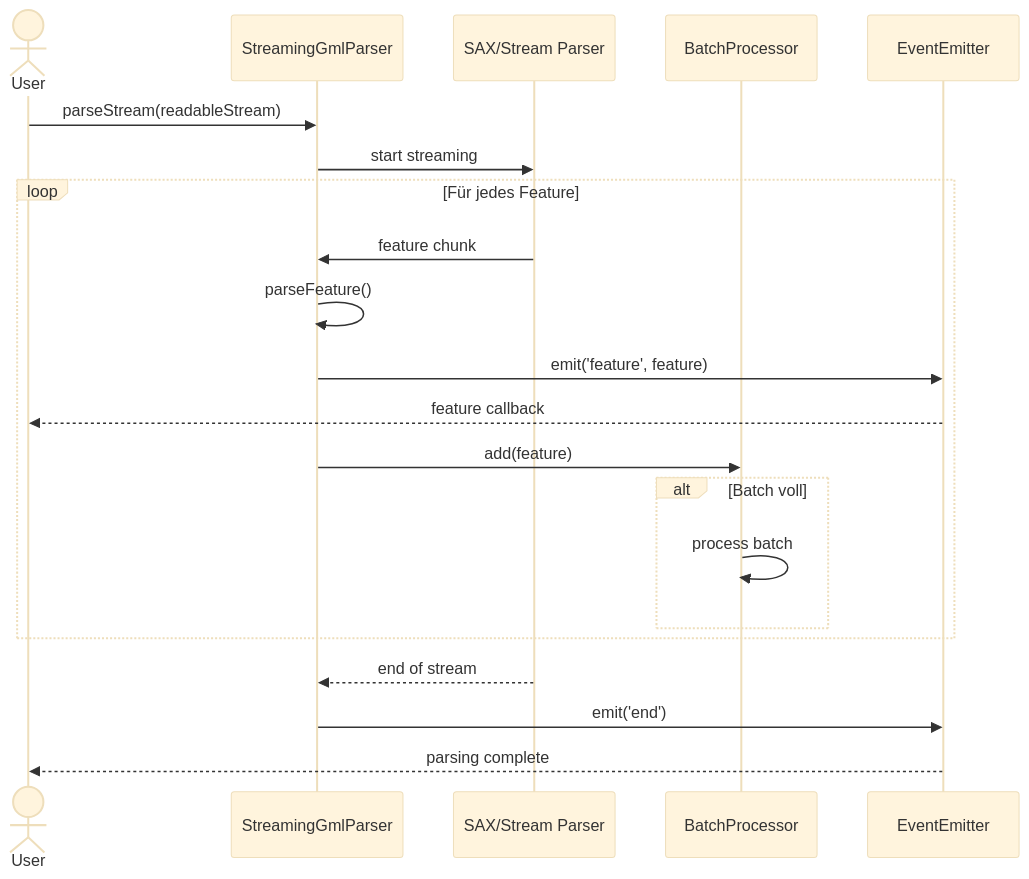
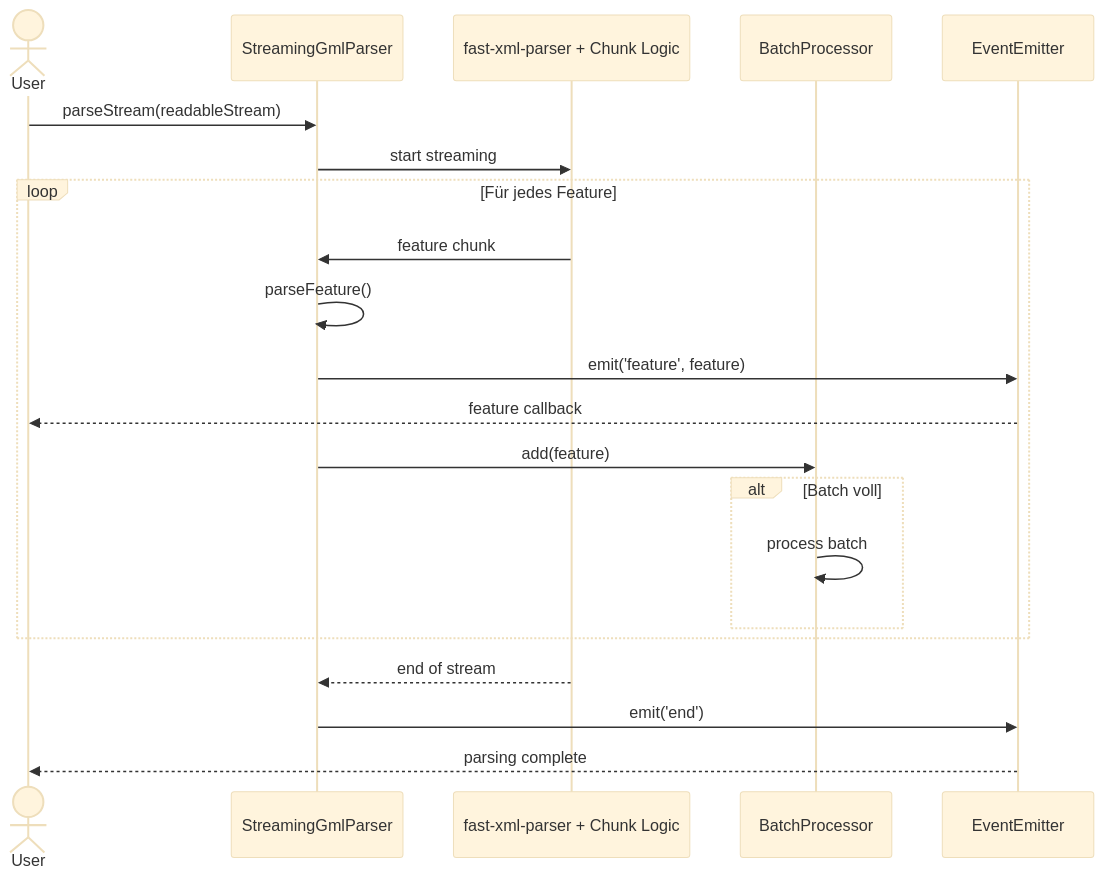
Before and after one commit to pt9912/s-gml: the third of 6 diagrams in docs/architecture/system-overview.md, drawn with Mermaid (base theme). The commit also changed other lines of this file and 10 other files, not shown here.

````diff
--- a/docs/architecture/system-overview.md
+++ b/docs/architecture/system-overview.md
@@ -245,24 +294,24 @@
 ```mermaid
 sequenceDiagram
     actor User
     participant Stream as StreamingGmlParser
-    participant XMLParser as SAX/Stream Parser
+    participant XMLParser as fast-xml-parser + Chunk Logic
     participant Batch as BatchProcessor
     participant EventEmitter
 
     User->>Stream: parseStream(readableStream)
     Stream->>XMLParser: start streaming
     loop Für jedes Feature
         XMLParser->>Stream: feature chunk
         Stream->>Stream: parseFeature()
         Stream->>EventEmitter: emit('feature', feature)
         EventEmitter-->>User: feature callback
         Stream->>Batch: add(feature)
         alt Batch voll
             Batch->>Batch: process batch
         end
     end
     XMLParser-->>Stream: end of stream
     Stream->>EventEmitter: emit('end')
     EventEmitter-->>User: parsing complete
 ```
````
